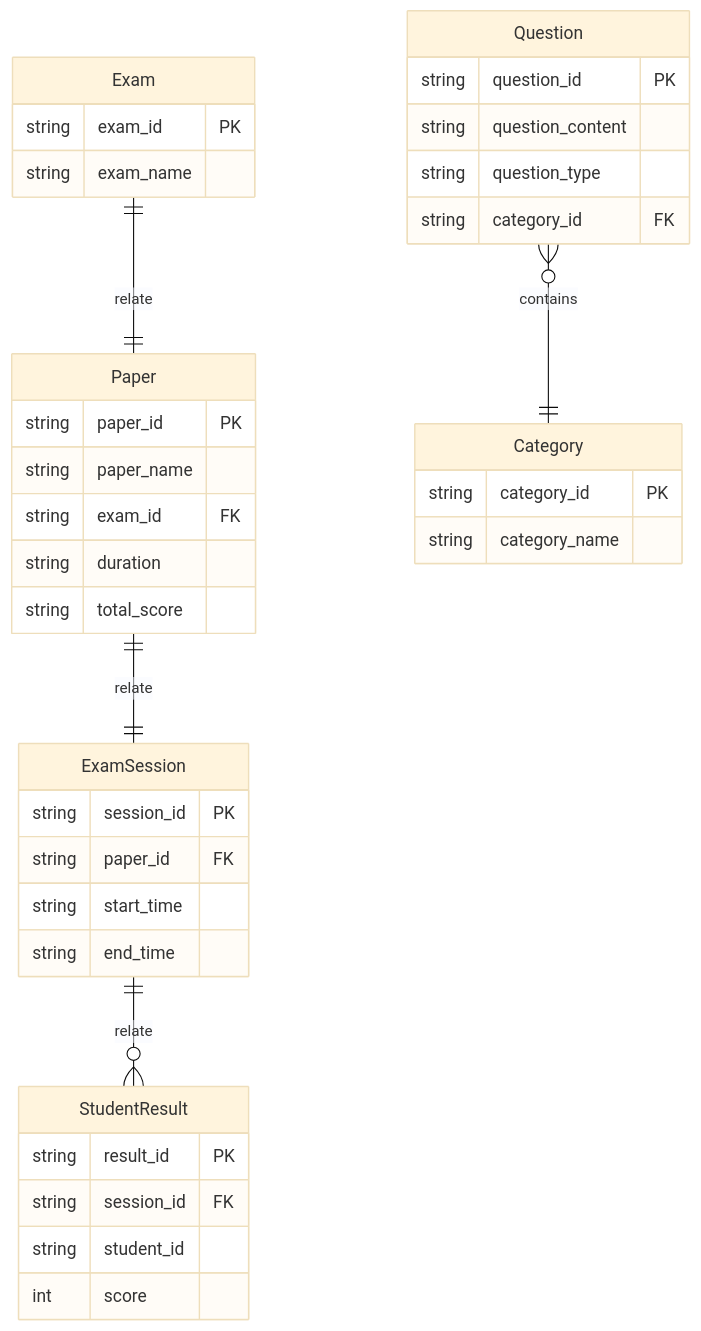
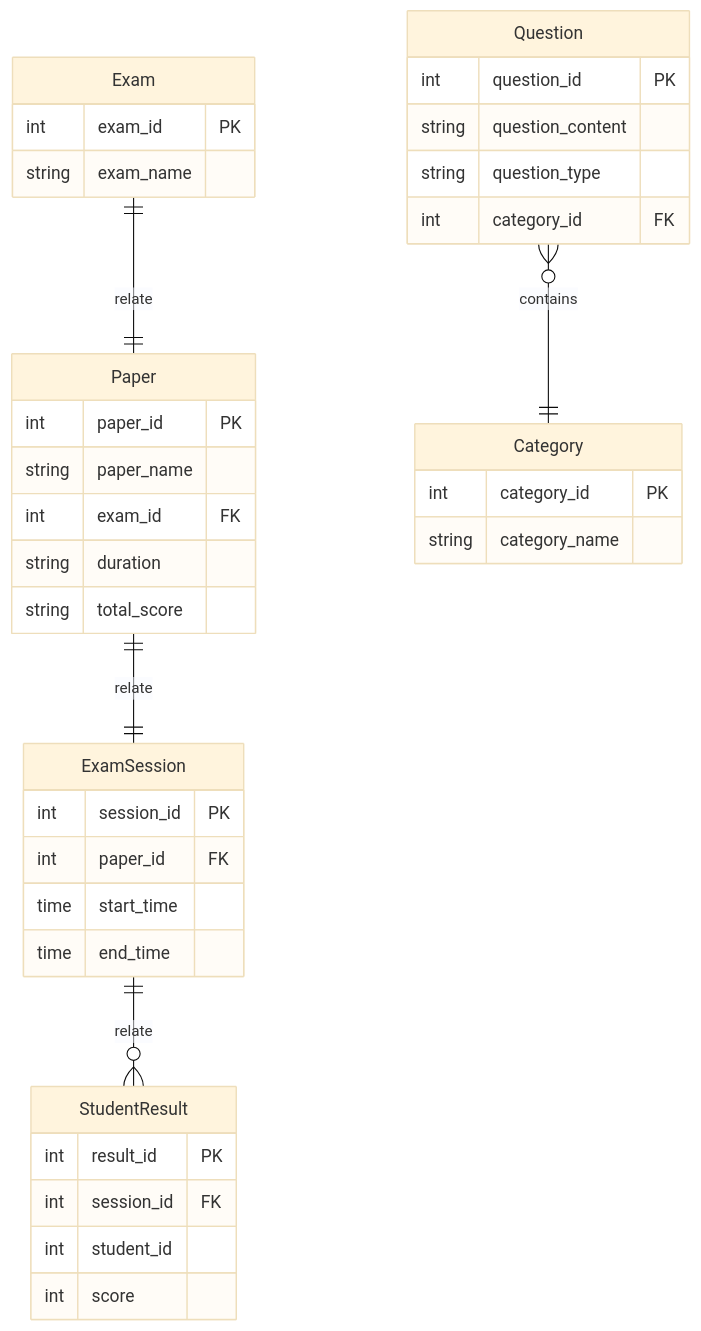
One commit to SoftwareDevelopmentPractice6/virtualPetHospital-backend changed the second of 2 diagrams in medicalRecordManagement/README.md. Above: the diagram before and after it, drawn with Mermaid (base theme). The commit also changed other lines of this file, not shown here.

````diff
--- a/medicalRecordManagement/README.md
+++ b/medicalRecordManagement/README.md
@@ -71,45 +70,45 @@
 ``` mermaid
 erDiagram
 Exam {
-string exam_id PK
+int exam_id PK
 string exam_name
 }
 
 Paper {
-string paper_id PK
+int paper_id PK
 string paper_name
-string exam_id FK
+int exam_id FK
 string duration
 string total_score
 }
 
 Question {
-string question_id PK
+int question_id PK
 string question_content
 string question_type
-string category_id FK
+int category_id FK
 }
 
 Category {
-string category_id PK
+int category_id PK
 string category_name
 }
 
 ExamSession {
-string session_id PK
-string paper_id FK
-string start_time
-string end_time
+int session_id PK
+int paper_id FK
+time start_time
+time end_time
 }
 
 StudentResult {
-string result_id PK
-string session_id FK
-string student_id
+int result_id PK
+int session_id FK
+int student_id
 int score
 }
 Exam ||--|| Paper : relate
 Paper ||--|| ExamSession : relate
 Question }o--|| Category : contains
 ExamSession ||--o{ StudentResult : relate
 ```
````
